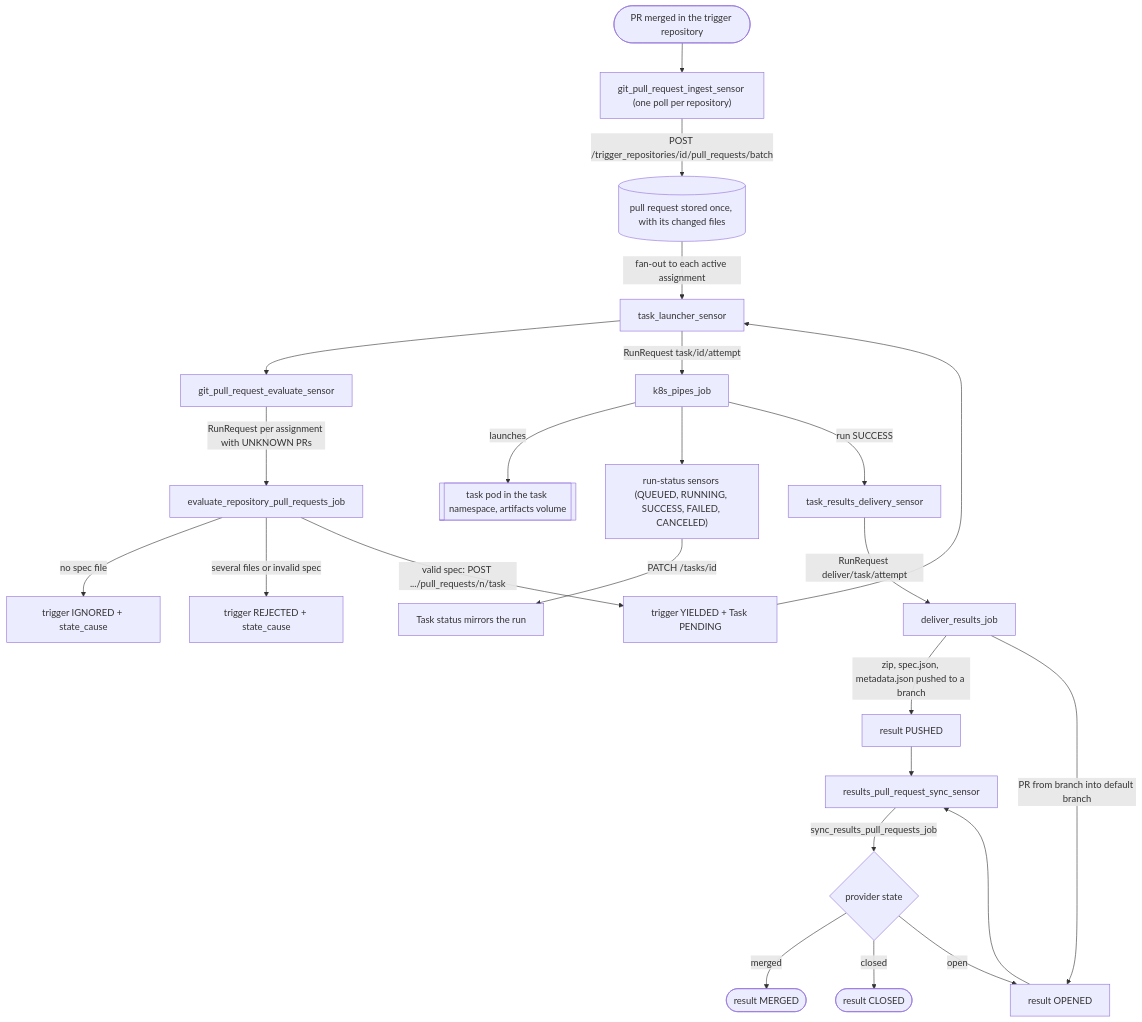
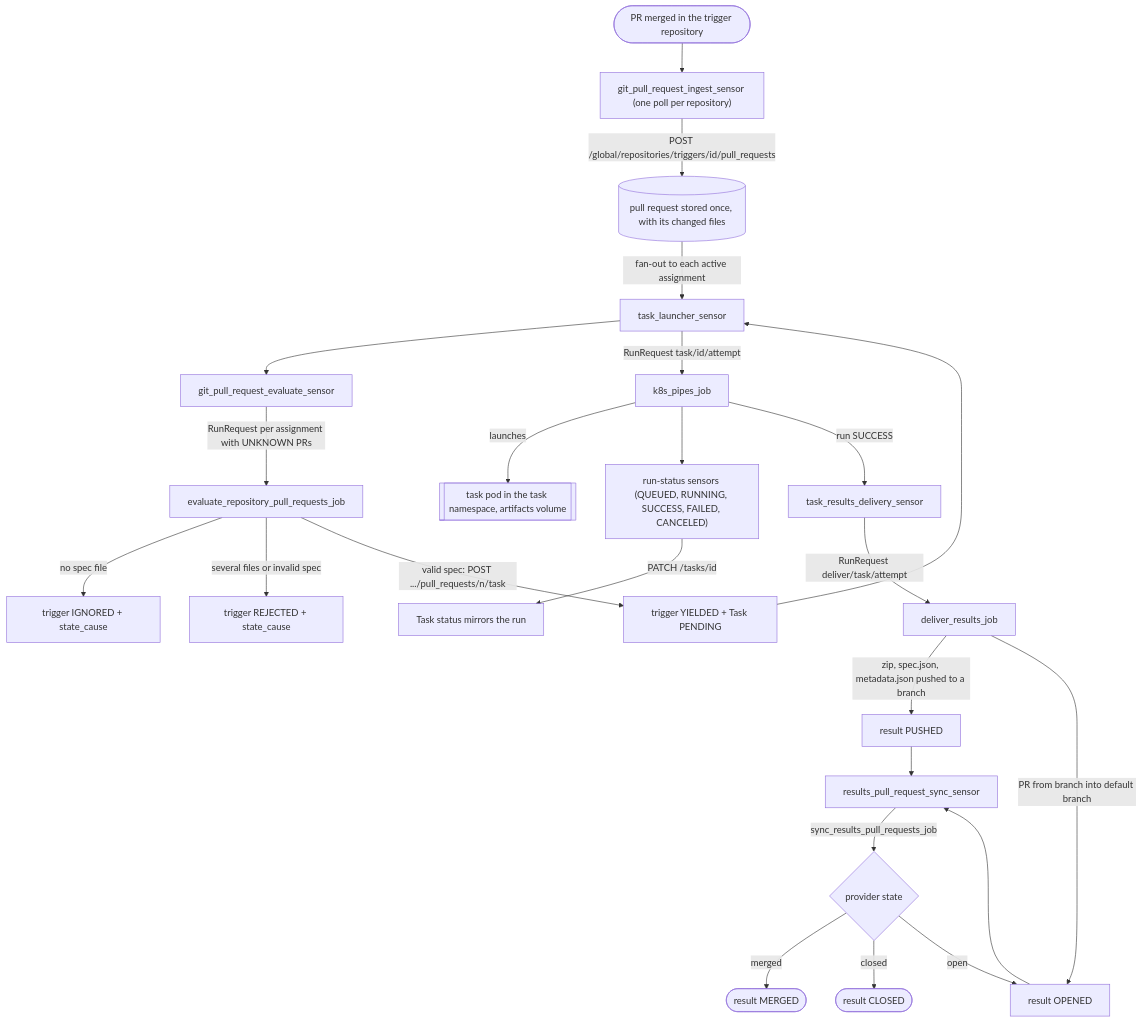
One commit to Aridhia-Open-Source/PHEMS_federated_node changed the first of 3 diagrams in docs/architecture/flows.md. Above: the diagram before and after it, drawn with Mermaid. The commit also changed other lines of this file and 129 other files, not shown here.

````diff
--- a/docs/architecture/flows.md
+++ b/docs/architecture/flows.md
@@ -7,26 +7,26 @@
 ```mermaid
 flowchart TD
     A([PR merged in the trigger repository]) --> B["git_pull_request_ingest_sensor (one poll per repository)"]
-    B -->|"POST /trigger_repositories/id/pull_requests/batch"| S[("pull request stored once, with its changed files")]
+    B -->|"POST /global/repositories/triggers/id/pull_requests"| S[("pull request stored once, with its changed files")]
     S -->|"fan-out to each active assignment"| F["PullRequestTrigger per assignment: UNKNOWN, or IGNORED + state_cause"]
     F --> C[git_pull_request_evaluate_sensor]
     C -->|"RunRequest per assignment with UNKNOWN PRs"| D[evaluate_repository_pull_requests_job]
     D -->|"no spec file"| I1[trigger IGNORED + state_cause]
     D -->|"several files or invalid spec"| I2[trigger REJECTED + state_cause]
     D -->|"valid spec: POST .../pull_requests/n/task"| E[trigger YIELDED + Task PENDING]
     E --> F[task_launcher_sensor]
     F -->|"RunRequest task/id/attempt"| G[k8s_pipes_job]
     G -->|"launches"| P[[task pod in the task namespace, artifacts volume]]
     G --> H["run-status sensors (QUEUED, RUNNING, SUCCESS, FAILED, CANCELED)"]
     H -->|"PATCH /tasks/id"| T[Task status mirrors the run]
     G -->|"run SUCCESS"| J[task_results_delivery_sensor]
     J -->|"RunRequest deliver/task/attempt"| K[deliver_results_job]
     K -->|"zip, spec.json, metadata.json pushed to a branch"| L[result PUSHED]
     K -->|"PR from branch into default branch"| M[result OPENED]
     M --> N[results_pull_request_sync_sensor]
     L --> N
     N -->|"sync_results_pull_requests_job"| O{provider state}
     O -->|merged| Q([result MERGED])
     O -->|closed| R([result CLOSED])
     O -->|open| M
 ```
````
